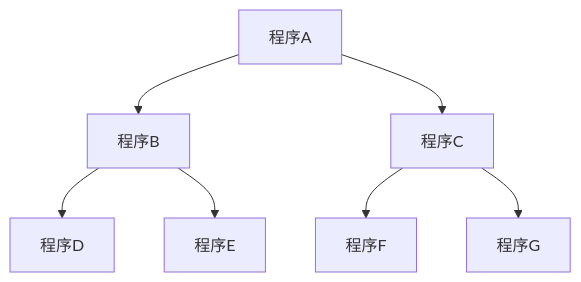
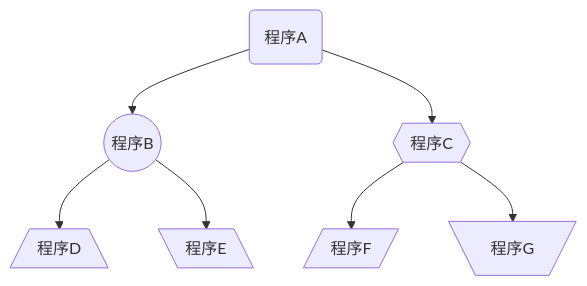
The diagram in 流程圖設計.md (ChenGuoXiang940/NOTE), drawn with Mermaid before and after one commit. The commit also changed other lines of this file and 10 other files, not shown here.

````diff
--- a/流程圖設計.md
+++ b/流程圖設計.md
@@ -32,10 +42,10 @@
 ```mermaid
 %%{init: {'nodeStyle': {'background-color': 'lightblue', 'color': 'black'}}}%%
 graph TD;
-    程序A-->程序B;
-    程序A-->程序C;
-    程序B-->程序D;
-    程序B-->程序E;
-    程序C-->程序F;
-    程序C-->程序G;
+    id2(程序A)-->id6((程序B));
+    id2(程序A)-->id9{{程序C}};
+    id6((程序B))-->id10[/程序D\];
+    id6((程序B))-->id11[\程序E\];
+    id9{{程序C}}-->id12[/程序F/];
+    id9{{程序C}}-->id13[\程序G/];
 ```
````
